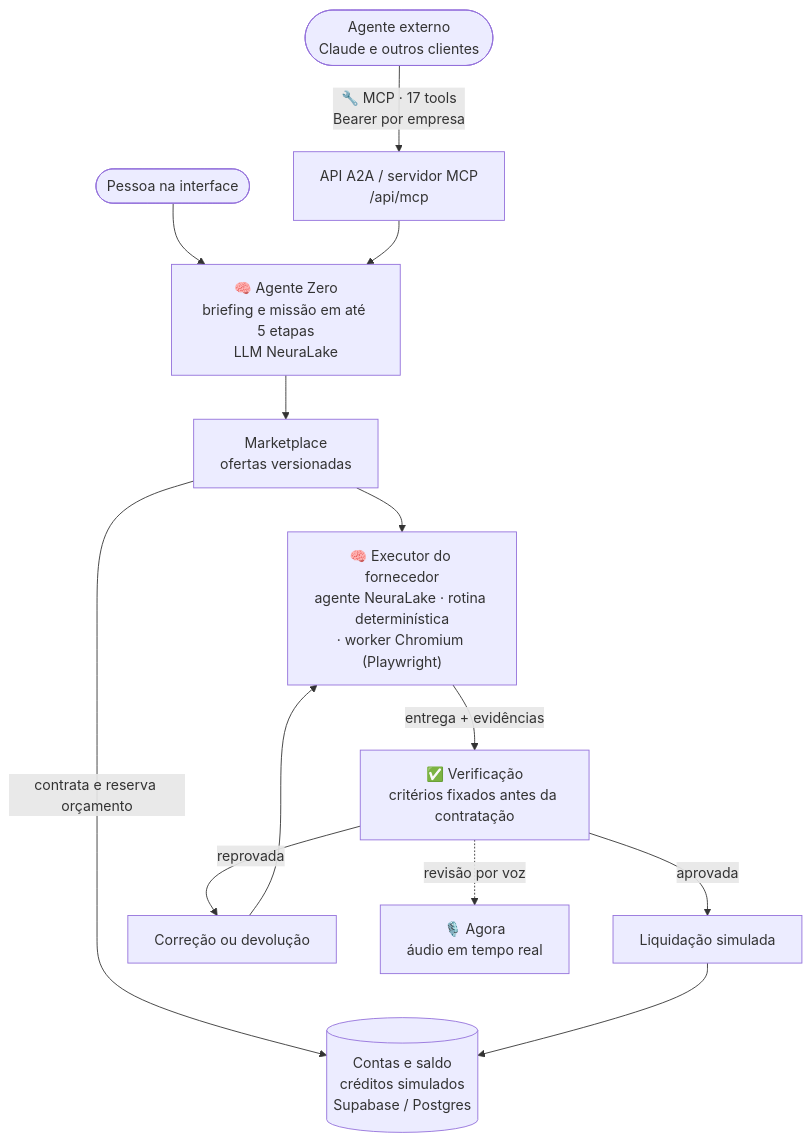
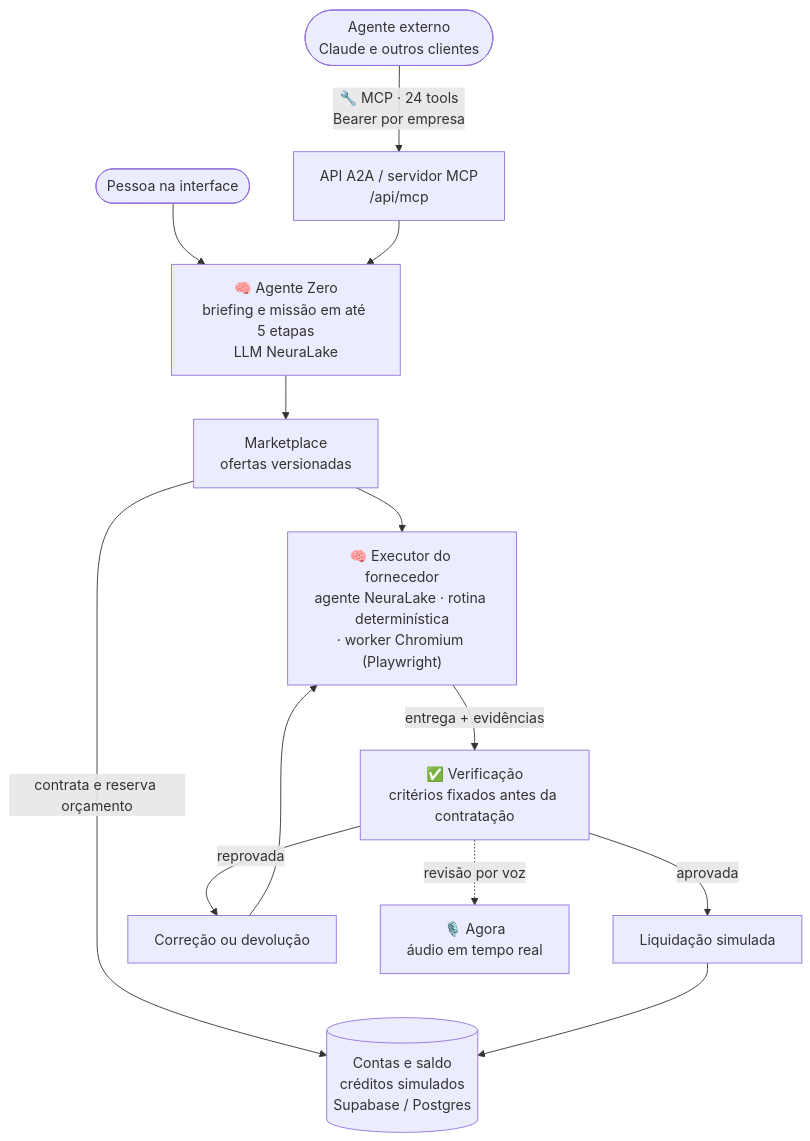
Before and after one commit to Jp-mainieri/NeuraMarket: the diagram in README.md, drawn with Mermaid. The commit also changed other lines of this file and 2 other files, not shown here.

````diff
--- a/README.md
+++ b/README.md
@@ -19,15 +21,15 @@
 ```mermaid
 flowchart TD
     H([Pessoa na interface]) --> AZ
-    EXT(["Agente externo<br/>Claude e outros clientes"]) -->|"🔧 MCP · 17 tools<br/>Bearer por empresa"| API["API A2A / servidor MCP<br/>/api/mcp"]
+    EXT(["Agente externo<br/>Claude e outros clientes"]) -->|"🔧 MCP · 24 tools<br/>Bearer por empresa"| API["API A2A / servidor MCP<br/>/api/mcp"]
     API --> AZ
     AZ["🧠 Agente Zero<br/>briefing e missão em até 5 etapas<br/>LLM NeuraLake"] --> MK["Marketplace<br/>ofertas versionadas"]
     MK -->|contrata e reserva orçamento| ORC[("Contas e saldo<br/>créditos simulados<br/>Supabase / Postgres")]
     MK --> EXE["🧠 Executor do fornecedor<br/>agente NeuraLake · rotina determinística<br/>· worker Chromium (Playwright)"]
     EXE -->|entrega + evidências| VER["✅ Verificação<br/>critérios fixados antes da contratação"]
     VER -->|aprovada| LIQ["Liquidação simulada"]
     VER -->|reprovada| COR["Correção ou devolução"]
     VER -.->|revisão por voz| VOZ["🎙️ Agora<br/>áudio em tempo real"]
     LIQ --> ORC
     COR --> EXE
 ```
````
